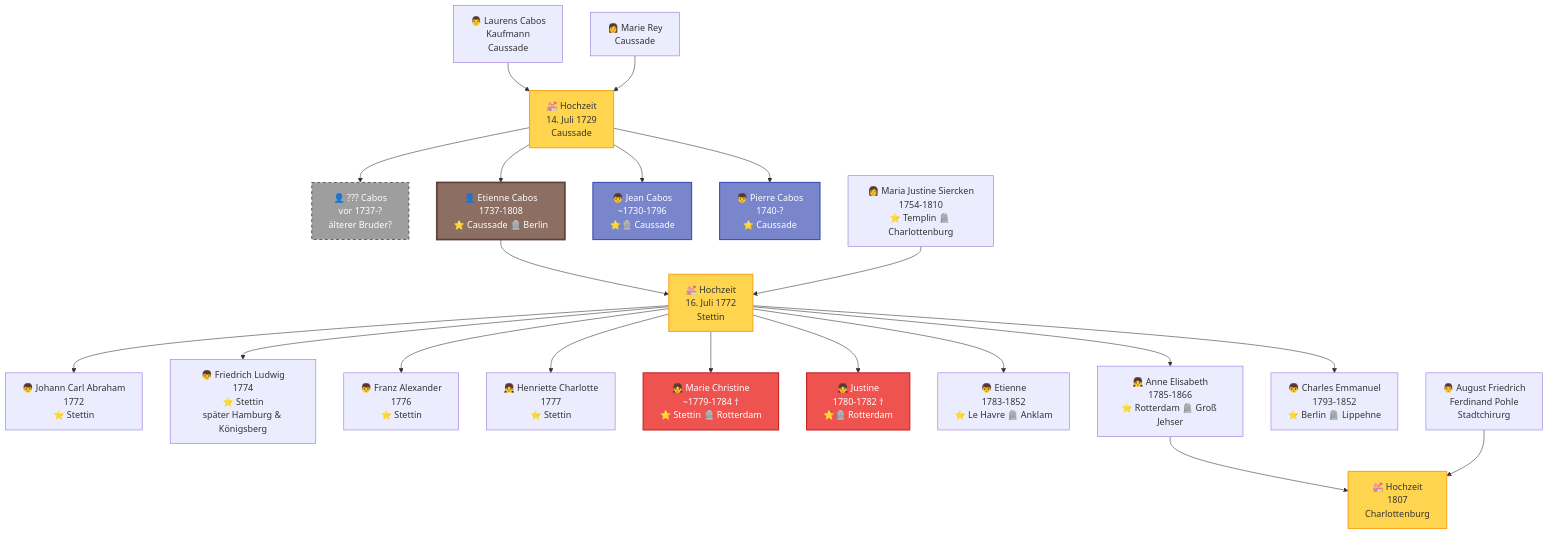
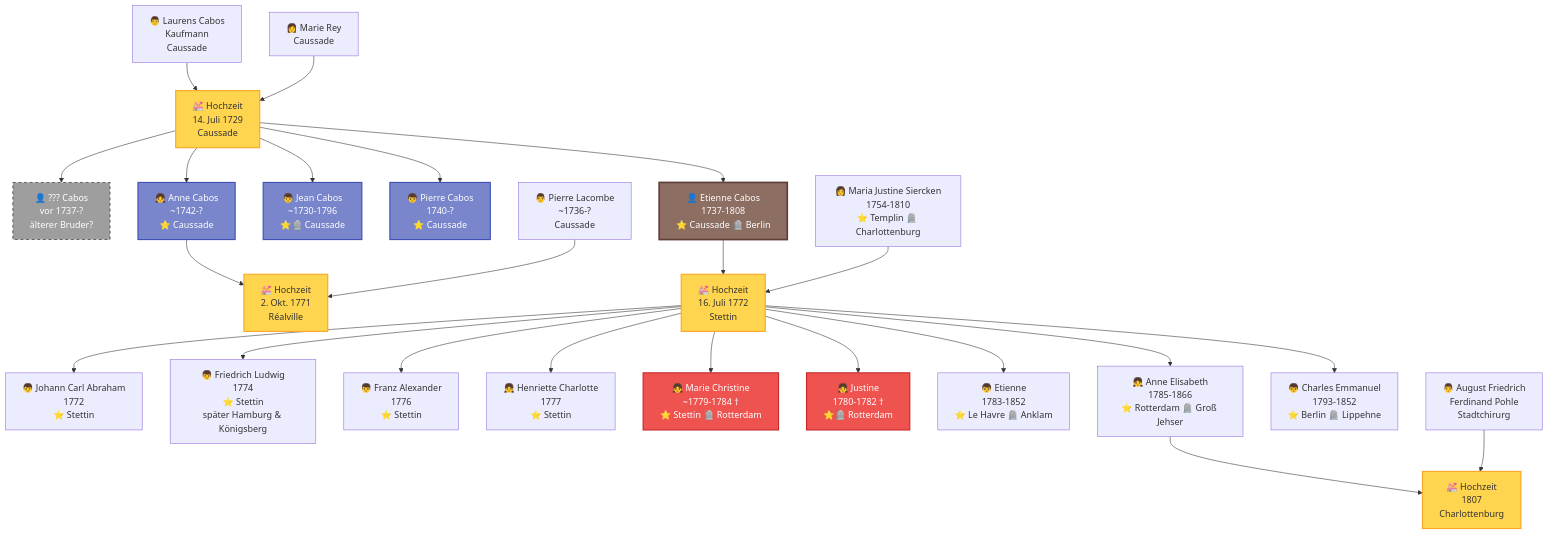
Before and after one commit to ccabos/Etienne: the first of 2 diagrams in docs/stammbaum.de.md, drawn with Mermaid. The commit also changed other lines of this file and 47 other files, not shown here.

````diff
--- a/docs/stammbaum.de.md
+++ b/docs/stammbaum.de.md
@@ -9,42 +9,48 @@
 ```mermaid
 graph TD
     A["👨 Laurens Cabos<br/>Kaufmann<br/>Caussade"] --> H1["💒 Hochzeit<br/>14. Juli 1729<br/>Caussade"]
     B["👩 Marie Rey<br/>Caussade"] --> H1
 
     H1 --> S0["👤 ??? Cabos<br/>vor 1737-?<br/>älterer Bruder?"]
     H1 --> C["👤 Etienne Cabos<br/>1737-1808<br/>⭐ Caussade 🪦 Berlin"]
     H1 --> S1["👦 Jean Cabos<br/>~1730-1796<br/>⭐🪦 Caussade"]
     H1 --> S2["👦 Pierre Cabos<br/>1740-?<br/>⭐ Caussade"]
+    H1 --> S3["👧 Anne Cabos<br/>~1742-?<br/>⭐ Caussade"]
+
+    S3 --> H4["💒 Hochzeit<br/>2. Okt. 1771<br/>Réalville"]
+    G["👨 Pierre Lacombe<br/>~1736-?<br/>Caussade"] --> H4
 
     C --> H2["💒 Hochzeit<br/>16. Juli 1772<br/>Stettin"]
     D["👩 Maria Justine Siercken<br/>1754-1810<br/>⭐ Templin 🪦 Charlottenburg"] --> H2
 
     H2 --> E1["👦 Johann Carl Abraham<br/>1772<br/>⭐ Stettin"]
     H2 --> E2["👦 Friedrich Ludwig<br/>1774<br/>⭐ Stettin<br/>später Hamburg & Königsberg"]
     H2 --> E3["👦 Franz Alexander<br/>1776<br/>⭐ Stettin"]
     H2 --> E4["👧 Henriette Charlotte<br/>1777<br/>⭐ Stettin"]
     H2 --> E5["👧 Marie Christine<br/>~1779-1784 †<br/>⭐ Stettin 🪦 Rotterdam"]
     H2 --> E6["👧 Justine<br/>1780-1782 †<br/>⭐🪦 Rotterdam"]
     H2 --> E7["👦 Etienne<br/>1783-1852<br/>⭐ Le Havre 🪦 Anklam"]
     H2 --> E8["👧 Anne Elisabeth<br/>1785-1866<br/>⭐ Rotterdam 🪦 Groß Jehser"]
     H2 --> E9["👦 Charles Emmanuel<br/>1793-1852<br/>⭐ Berlin 🪦 Lippehne"]
 
     E8 --> H3["💒 Hochzeit<br/>1807<br/>Charlottenburg"]
     F["👨 August Friedrich<br/>Ferdinand Pohle<br/>Stadtchirurg"] --> H3
 
     style C fill:#8d6e63,stroke:#5d4037,stroke-width:3px,color:#fff
     style S0 fill:#9e9e9e,stroke:#616161,stroke-width:2px,stroke-dasharray:5,color:#fff
     style S1 fill:#7986cb,stroke:#3f51b5,stroke-width:2px,color:#fff
     style S2 fill:#7986cb,stroke:#3f51b5,stroke-width:2px,color:#fff
+    style S3 fill:#7986cb,stroke:#3f51b5,stroke-width:2px,color:#fff
     style E5 fill:#ef5350,stroke:#c62828,stroke-width:2px,color:#fff
     style E6 fill:#ef5350,stroke:#c62828,stroke-width:2px,color:#fff
     style H1 fill:#ffd54f,stroke:#f9a825,stroke-width:2px
     style H2 fill:#ffd54f,stroke:#f9a825,stroke-width:2px
     style H3 fill:#ffd54f,stroke:#f9a825,stroke-width:2px
+    style H4 fill:#ffd54f,stroke:#f9a825,stroke-width:2px
 
     classDef mainPerson fill:#8d6e63,stroke:#5d4037,stroke-width:3px,color:#fff
     classDef sibling fill:#7986cb,stroke:#3f51b5,stroke-width:2px,color:#fff
     classDef unknown fill:#9e9e9e,stroke:#616161,stroke-width:2px,stroke-dasharray:5,color:#fff
     classDef deceased fill:#ef5350,stroke:#c62828,stroke-width:2px,color:#fff
     classDef marriage fill:#ffd54f,stroke:#f9a825,stroke-width:2px
 ```
````
